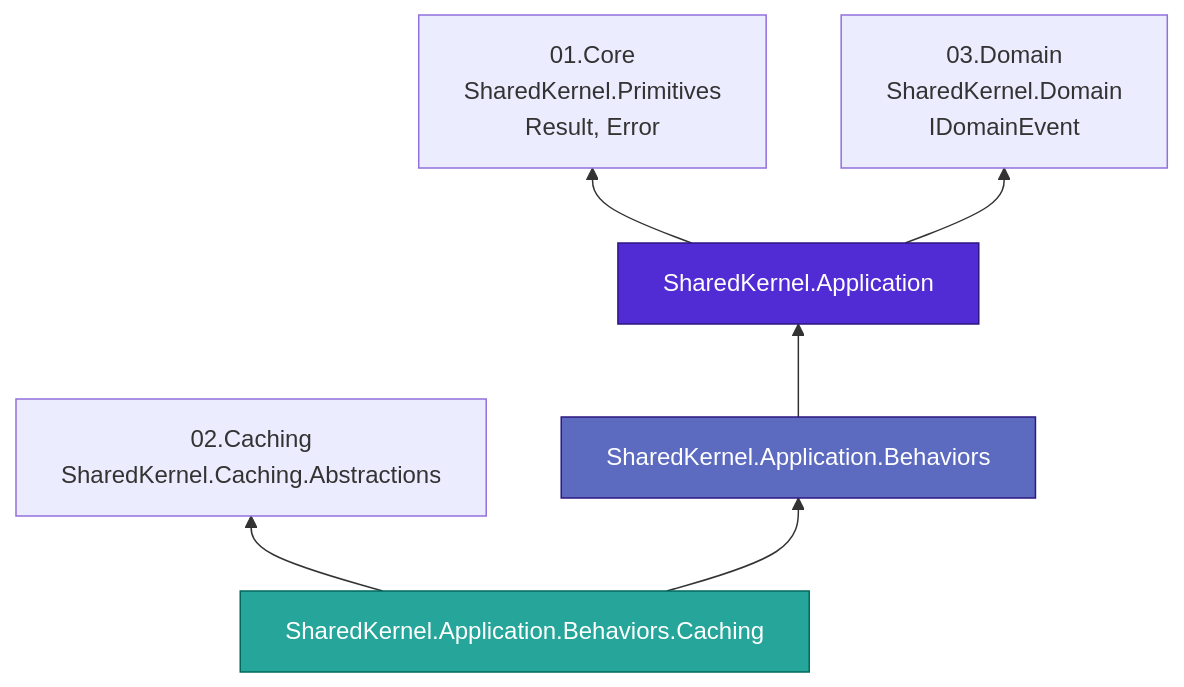
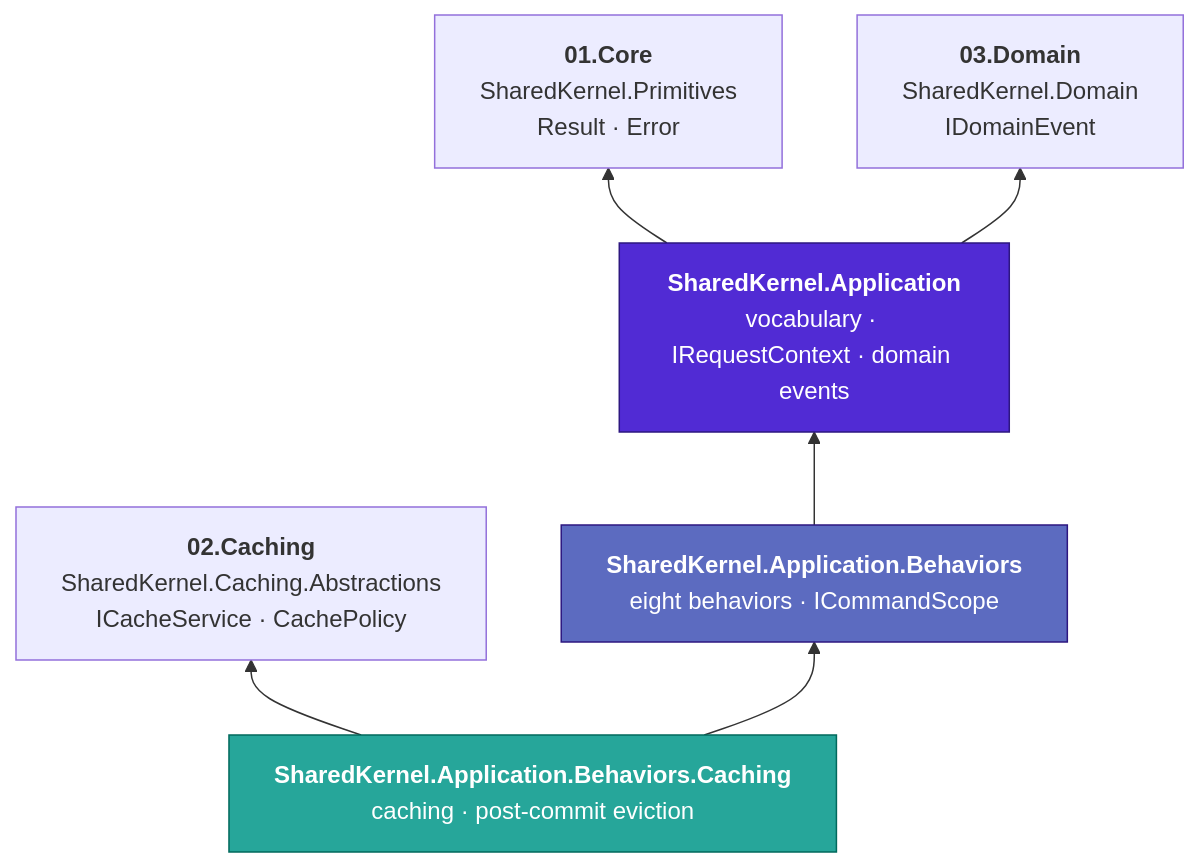
The first of 3 diagrams in 05.Application/README.md (Gresta-Vertex-Labs/platform-shared-kernel), drawn with Mermaid before and after one commit. The commit also changed other lines of this file and 43 other files, not shown here.

````diff
--- a/05.Application/README.md
+++ b/05.Application/README.md
@@ -61,20 +111,20 @@
 ```mermaid
 flowchart BT
-    Primitives["01.Core<br/>SharedKernel.Primitives<br/>Result, Error"]
-    Domain["03.Domain<br/>SharedKernel.Domain<br/>IDomainEvent"]
-    CachingAbs["02.Caching<br/>SharedKernel.Caching.Abstractions"]
+    Primitives["<b>01.Core</b><br/>SharedKernel.Primitives<br/>Result · Error"]
+    Domain["<b>03.Domain</b><br/>SharedKernel.Domain<br/>IDomainEvent"]
+    CachingAbs["<b>02.Caching</b><br/>SharedKernel.Caching.Abstractions<br/>ICacheService · CachePolicy"]
 
-    App["SharedKernel.Application"]
-    Behaviors["SharedKernel.Application.Behaviors"]
-    Caching["SharedKernel.Application.Behaviors.Caching"]
+    App["<b>SharedKernel.Application</b><br/>vocabulary · IRequestContext · domain events"]
+    Behaviors["<b>SharedKernel.Application.Behaviors</b><br/>eight behaviors · ICommandScope"]
+    Caching["<b>SharedKernel.Application.Behaviors.Caching</b><br/>caching · post-commit eviction"]
 
     style App fill:#512BD4,color:#fff,stroke:#2d1780
     style Behaviors fill:#5c6bc0,color:#fff,stroke:#2d1780
     style Caching fill:#26a69a,color:#fff,stroke:#00695c
 
     App --> Primitives
     App --> Domain
     Behaviors --> App
     Caching --> Behaviors
     Caching --> CachingAbs
 ```
````
